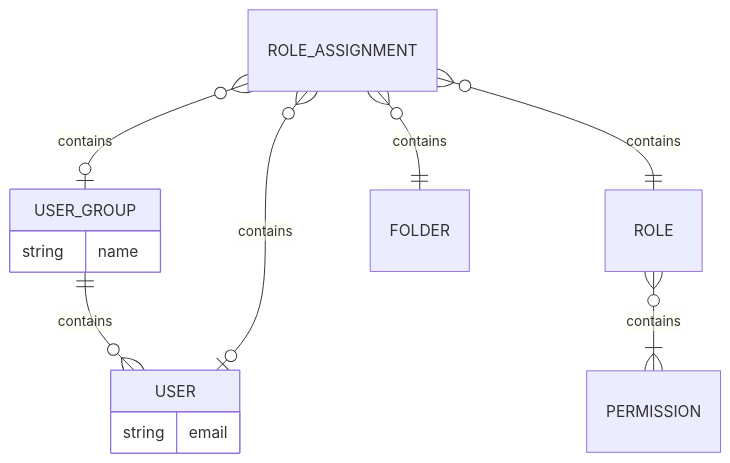
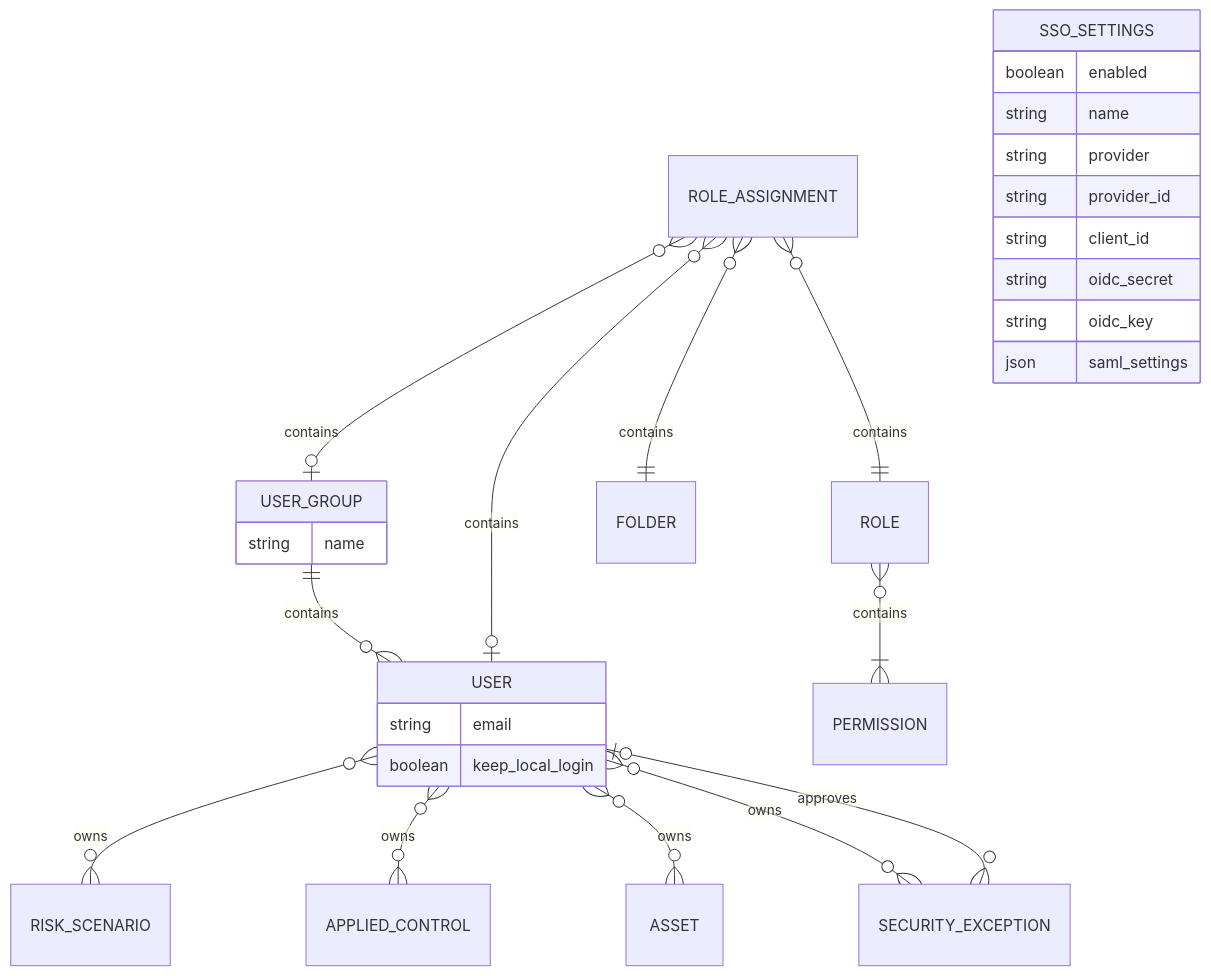
Before and after one commit to intuitem/ciso-assistant-community: the first of 13 diagrams in documentation/architecture/data-model.md, drawn with Mermaid. The commit also changed other lines of this file and 1384 other files, not shown here.

````diff
--- a/documentation/architecture/data-model.md
+++ b/documentation/architecture/data-model.md
@@ -7,19 +7,37 @@
 ```mermaid
 erDiagram
+
+    USER }o--o{ RISK_SCENARIO : owns
+    USER }o--o{ APPLIED_CONTROL : owns
+    USER }o--o{ ASSET : owns
+    USER }o--o{ SECURITY_EXCEPTION : owns
+    USER |o--o{ SECURITY_EXCEPTION : approves
 
     USER_GROUP      ||--o{ USER      : contains
     ROLE            }o--|{ PERMISSION: contains
     ROLE_ASSIGNMENT }o--o| USER_GROUP: contains
     ROLE_ASSIGNMENT }o--o| USER      : contains
     ROLE_ASSIGNMENT }o--|| FOLDER    : contains
     ROLE_ASSIGNMENT }o--|| ROLE      : contains
 
     USER {
-        string email
+        string  email
+        boolean keep_local_login
     }
 
     USER_GROUP {
         string name
     }
 
+    SSO_SETTINGS {
+        boolean enabled
+        string  name
+        string  provider
+        string  provider_id
+        string  client_id
+        string  oidc_secret
+        string  oidc_key
+        json    saml_settings
+    }
+
 ```
````
